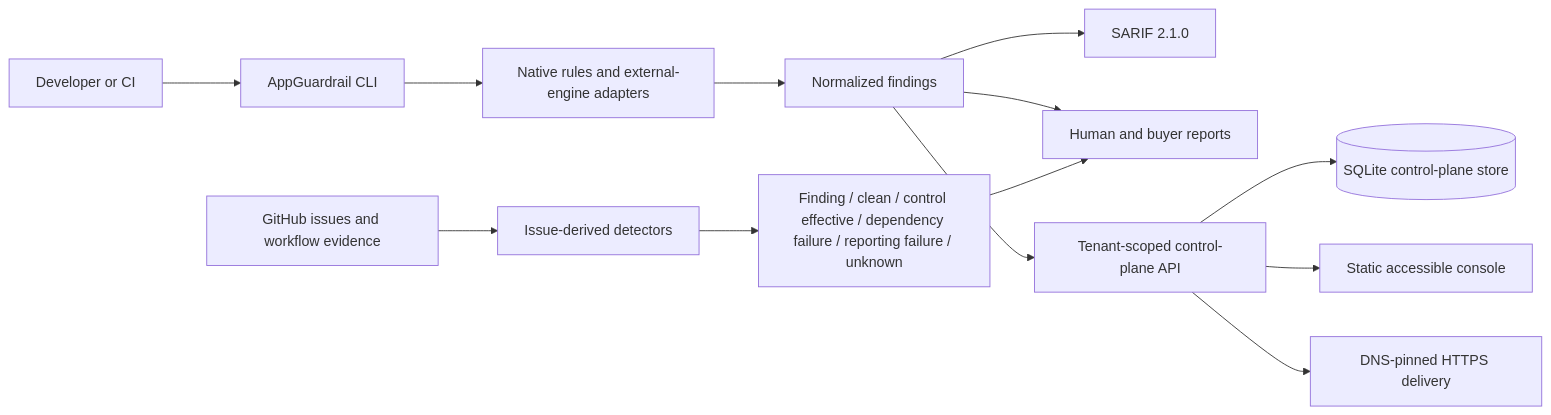
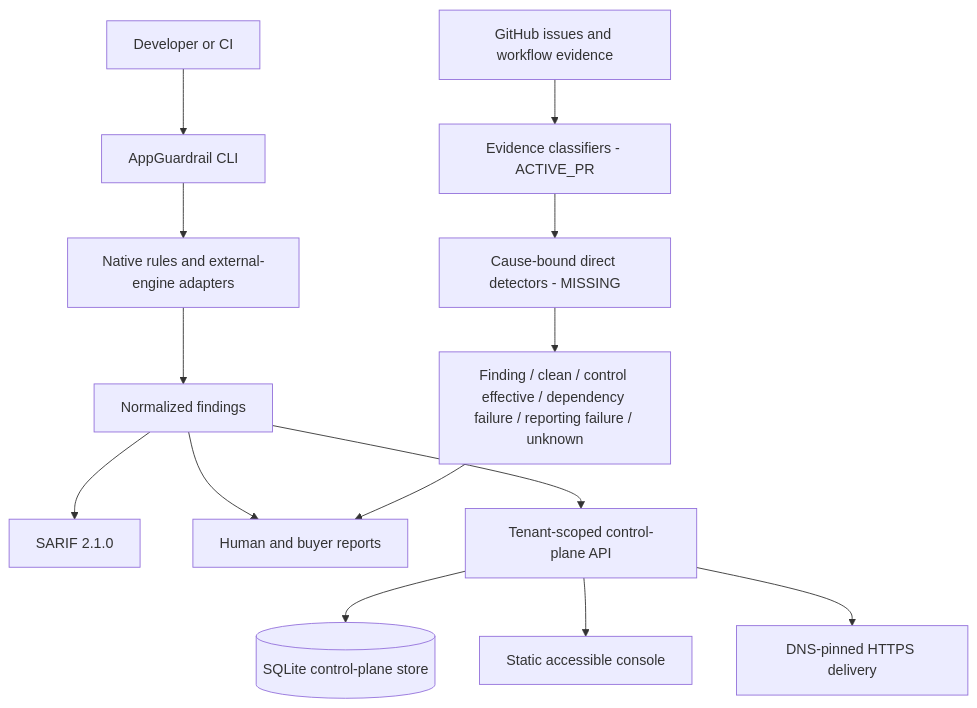
One commit to ContextualWisdomLab/appguardrail changed the diagram in ARCHITECTURE.md. Above: the diagram before and after it, drawn with Mermaid. The commit also changed other lines of this file and 20 other files, not shown here.

````diff
--- a/ARCHITECTURE.md
+++ b/ARCHITECTURE.md
@@ -26,15 +33,16 @@
 ```mermaid
-flowchart LR
+flowchart TD
   Builder[Developer or CI] --> CLI[AppGuardrail CLI]
   CLI --> Rules[Native rules and external-engine adapters]
   Rules --> Findings[Normalized findings]
   Findings --> SARIF[SARIF 2.1.0]
   Findings --> Reports[Human and buyer reports]
   Findings --> API[Tenant-scoped control-plane API]
-  GitHub[GitHub issues and workflow evidence] --> Detect[Issue-derived detectors]
-  Detect --> Outcomes[Finding / clean / control effective / dependency failure / reporting failure / unknown]
+  GitHub[GitHub issues and workflow evidence] --> Detect[Evidence classifiers - ACTIVE_PR]
+  Detect --> Direct[Cause-bound direct detectors - MISSING]
+  Direct --> Outcomes[Finding / clean / control effective / dependency failure / reporting failure / unknown]
   Outcomes --> Reports
   API --> SQLite[(SQLite control-plane store)]
   API --> Console[Static accessible console]
   API --> Webhook[DNS-pinned HTTPS delivery]
 ```
````
